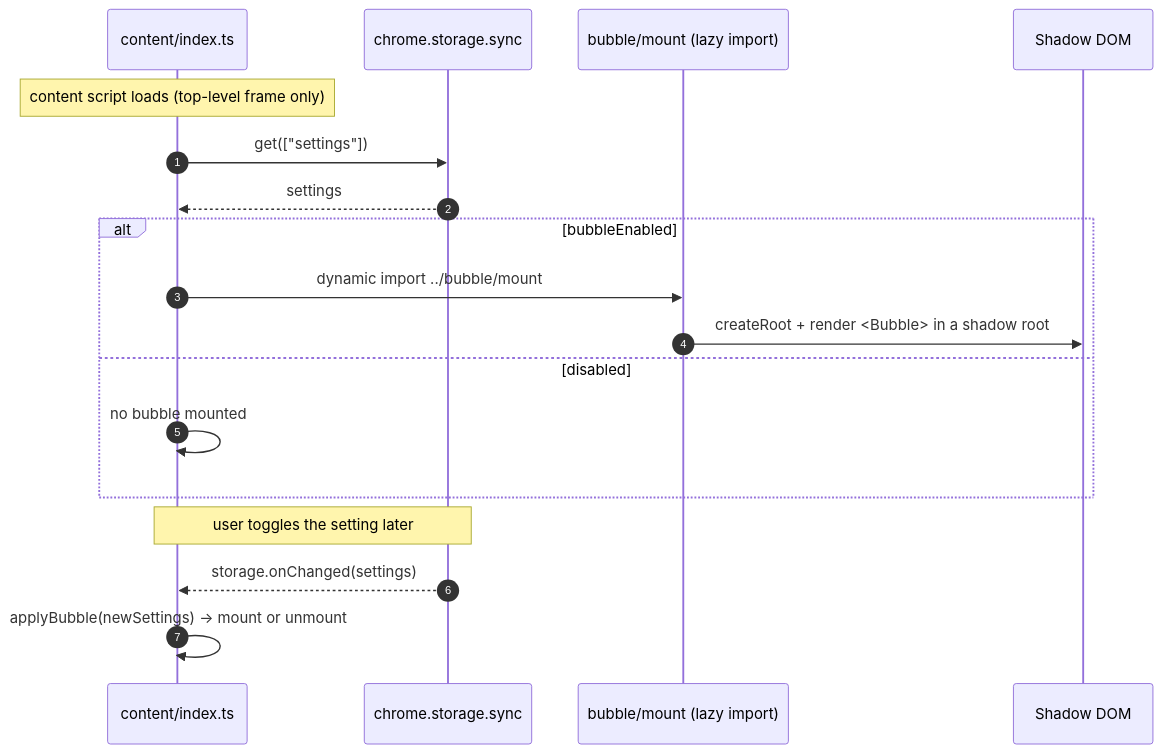
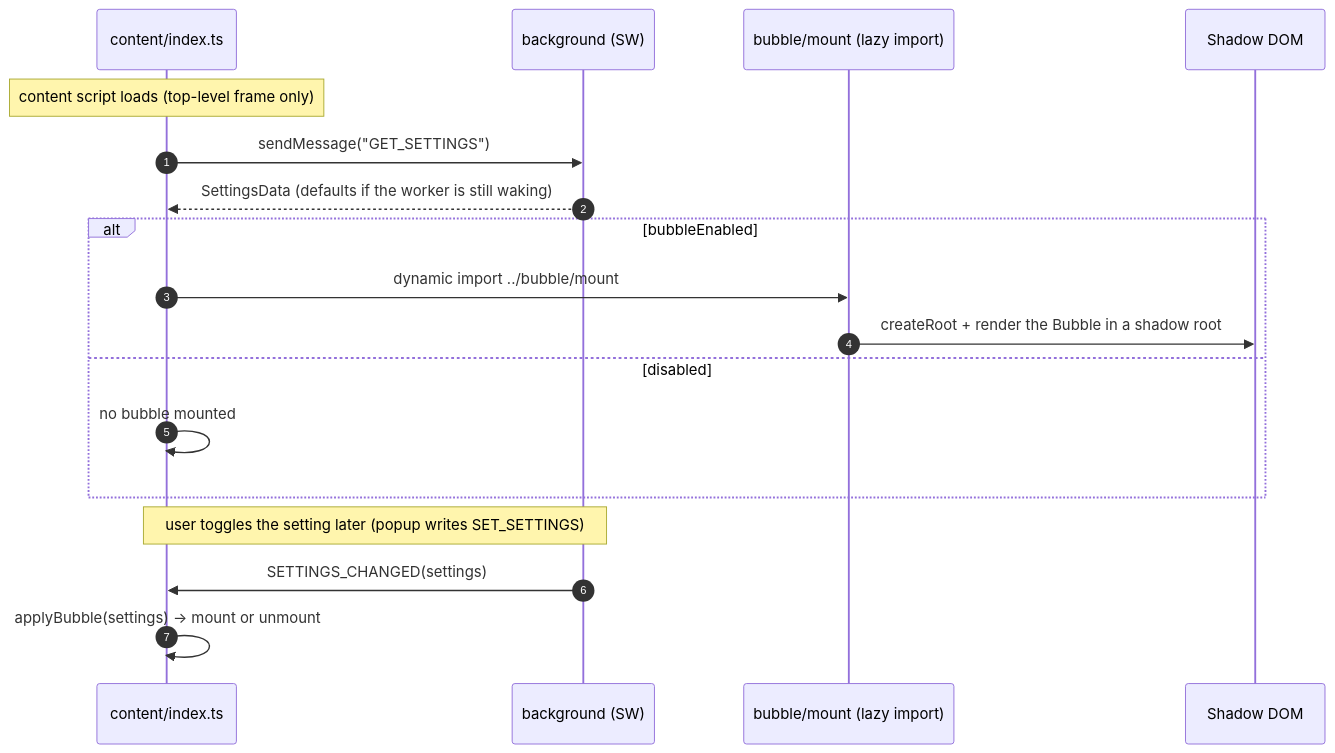
One commit to mralaminahamed/media-bulk-downloads changed the first of 2 diagrams in docs/guides/bubble.md. Above: the diagram before and after it, drawn with Mermaid. The commit also changed other lines of this file, not shown here.

Commit message:
docs(bubble): correct the mount sequence diagram to the real settings path
The lifecycle diagram (and its lead-in prose) showed the content script reading
chrome.storage.sync directly and watching storage.onChanged for changes. The
actual code (content/index.ts) does neither: it sends GET_SETTINGS to the
background on load and listens for the background's SETTINGS_CHANGED push --
storage.sync/onChanged are deliberately avoided because Safari content scripts
don't reliably see sync writes. Rewrote the diagram + prose to match, replacing
the ST(chrome.storage.sync) participant with BG(background).

Also replaced the raw <Bubble> token in a diagram label with 'the Bubble' -- an
unescaped <...> is parsed as HTML by mermaid's label renderer.

Reviewed all 9 sequence diagrams across docs/guides; the other 8 verified
accurate (every cited symbol exists, control blocks balanced, no angle-bracket
hazards).

````diff
--- a/docs/guides/bubble.md
+++ b/docs/guides/bubble.md
@@ -13,22 +16,22 @@
 ```mermaid
 sequenceDiagram
   autonumber
   participant CS as content/index.ts
-  participant ST as chrome.storage.sync
+  participant BG as background (SW)
   participant M as bubble/mount (lazy import)
   participant SD as Shadow DOM
 
   Note over CS: content script loads (top-level frame only)
-  CS->>ST: get(["settings"])
-  ST-->>CS: settings
+  CS->>BG: sendMessage("GET_SETTINGS")
+  BG-->>CS: SettingsData (defaults if the worker is still waking)
   alt bubbleEnabled
     CS->>M: dynamic import ../bubble/mount
-    M->>SD: createRoot + render <Bubble> in a shadow root
+    M->>SD: createRoot + render the Bubble in a shadow root
   else disabled
     CS->>CS: no bubble mounted
   end
 
-  Note over ST,CS: user toggles the setting later
-  ST-->>CS: storage.onChanged(settings)
-  CS->>CS: applyBubble(newSettings) → mount or unmount
+  Note over BG,CS: user toggles the setting later (popup writes SET_SETTINGS)
+  BG->>CS: SETTINGS_CHANGED(settings)
+  CS->>CS: applyBubble(settings) → mount or unmount
 ```
````
